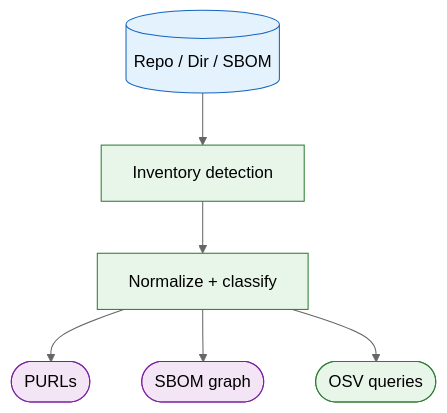
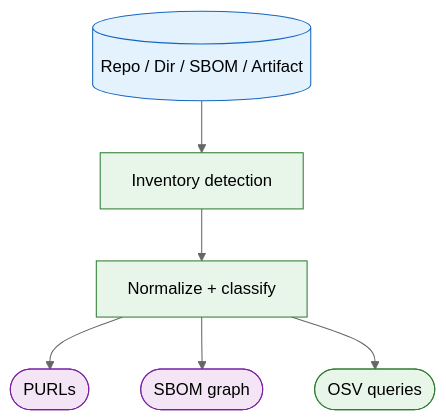
One commit to temporalio/deputy changed the diagram in docs/concepts/inventory-and-sboms.md. Above: the diagram before and after it, drawn with Mermaid (neutral theme). The commit also changed other lines of this file and 125 other files, not shown here.

````diff
--- a/docs/concepts/inventory-and-sboms.md
+++ b/docs/concepts/inventory-and-sboms.md
@@ -10,16 +12,16 @@
 ```mermaid
 flowchart TD
-  Target[(Repo / Dir / SBOM)] --> Detect[Inventory detection]
+  Target[(Repo / Dir / SBOM / Artifact)] --> Detect[Inventory detection]
   Detect --> Normalize[Normalize + classify]
   Normalize --> PURLs([PURLs])
   Normalize --> SBOM([SBOM graph])
   Normalize --> Scan([OSV queries])
 
   classDef source fill:#e3f2fd,stroke:#1565c0
   classDef process fill:#e8f5e9,stroke:#2e7d32
   classDef output fill:#f3e5f5,stroke:#7b1fa2
 
   class Target source
   class Detect,Normalize,Scan process
   class PURLs,SBOM output
 ```
````
